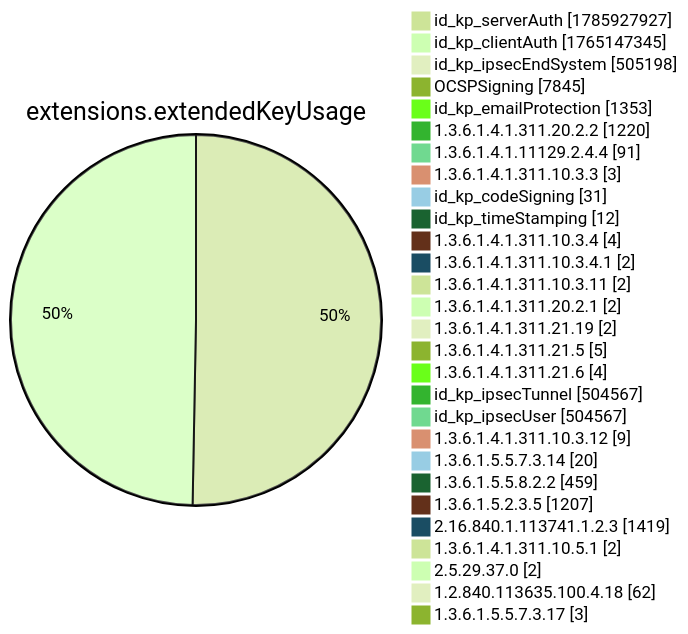
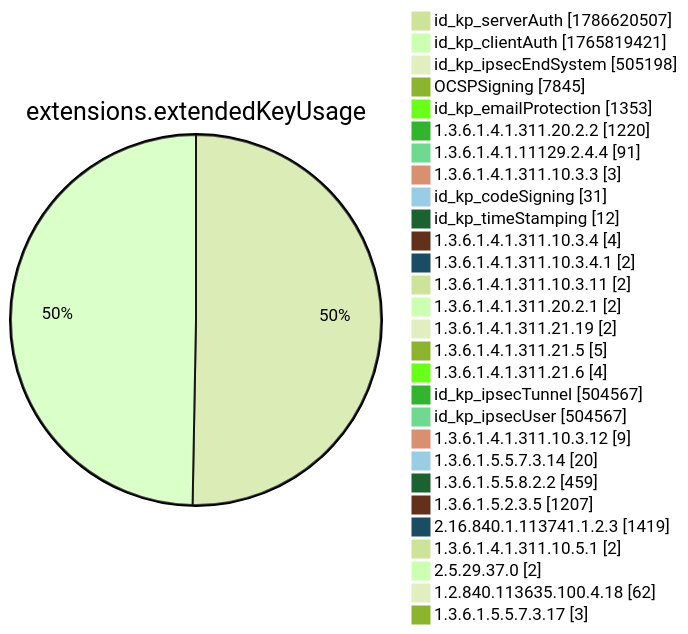
Before and after one commit to christiankrug/ctmonitor_visualization: diagram 12 of 15 in xenon2022/README.md, drawn with Mermaid (forest theme). The commit also changed other lines of this file, not shown here.

````diff
--- a/xenon2022/README.md
+++ b/xenon2022/README.md
@@ -3894,32 +3894,32 @@
 ```mermaid
 pie showData
 title extensions.extendedKeyUsage
-"id_kp_serverAuth" :1785927927
-"id_kp_clientAuth" :1765147345
+"id_kp_serverAuth" :1786620507
+"id_kp_clientAuth" :1765819421
 "id_kp_ipsecEndSystem" :505198
 "OCSPSigning" :7845
 "id_kp_emailProtection" :1353
 "1.3.6.1.4.1.311.20.2.2" :1220
 "1.3.6.1.4.1.11129.2.4.4" :91
 "1.3.6.1.4.1.311.10.3.3" :3
 "id_kp_codeSigning" :31
 "id_kp_timeStamping" :12
 "1.3.6.1.4.1.311.10.3.4" :4
 "1.3.6.1.4.1.311.10.3.4.1" :2
 "1.3.6.1.4.1.311.10.3.11" :2
 "1.3.6.1.4.1.311.20.2.1" :2
 "1.3.6.1.4.1.311.21.19" :2
 "1.3.6.1.4.1.311.21.5" :5
 "1.3.6.1.4.1.311.21.6" :4
 "id_kp_ipsecTunnel" :504567
 "id_kp_ipsecUser" :504567
 "1.3.6.1.4.1.311.10.3.12" :9
 "1.3.6.1.5.5.7.3.14" :20
 "1.3.6.1.5.5.8.2.2" :459
 "1.3.6.1.5.2.3.5" :1207
 "2.16.840.1.113741.1.2.3" :1419
 "1.3.6.1.4.1.311.10.5.1" :2
 "2.5.29.37.0" :2
 "1.2.840.113635.100.4.18" :62
 "1.3.6.1.5.5.7.3.17" :3
 ```
````
